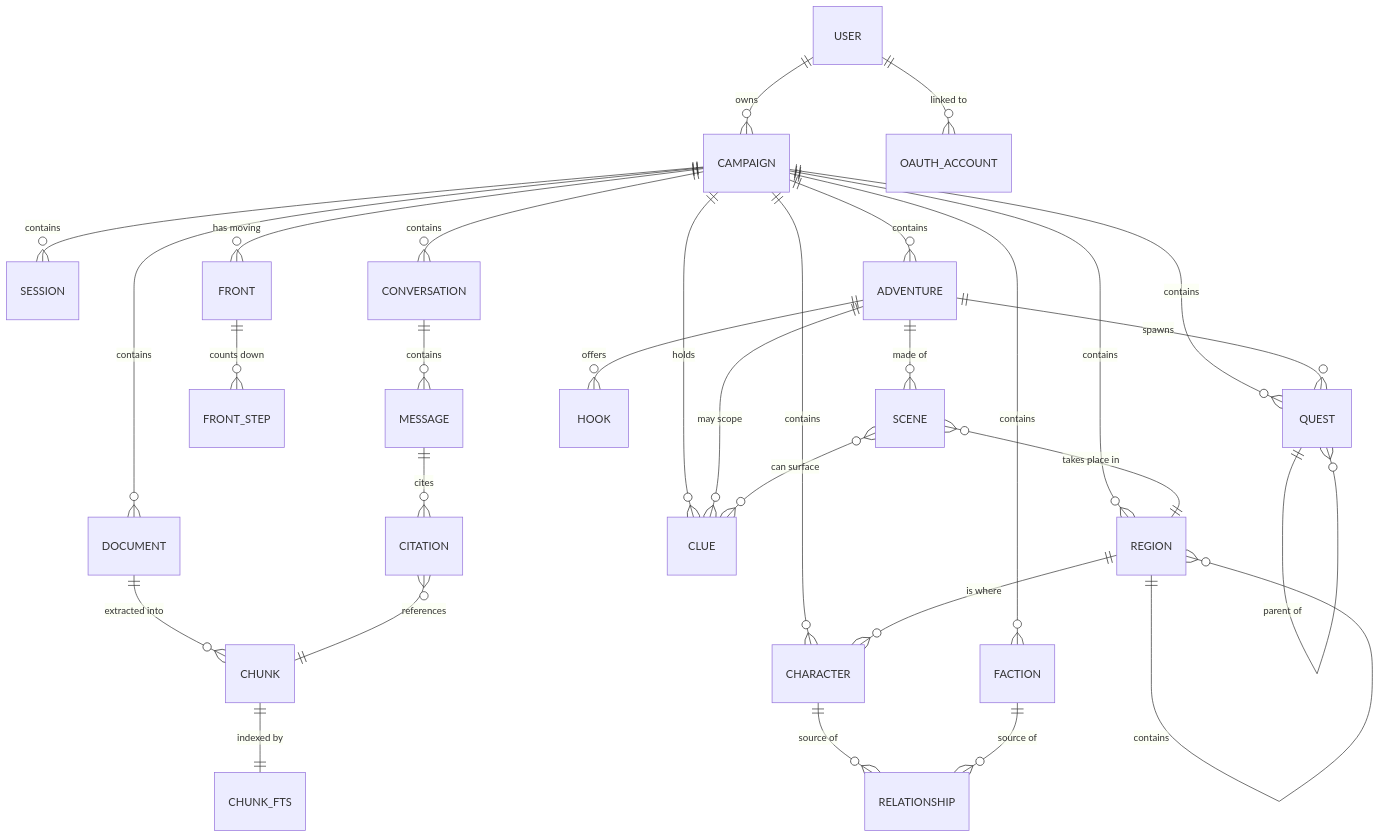
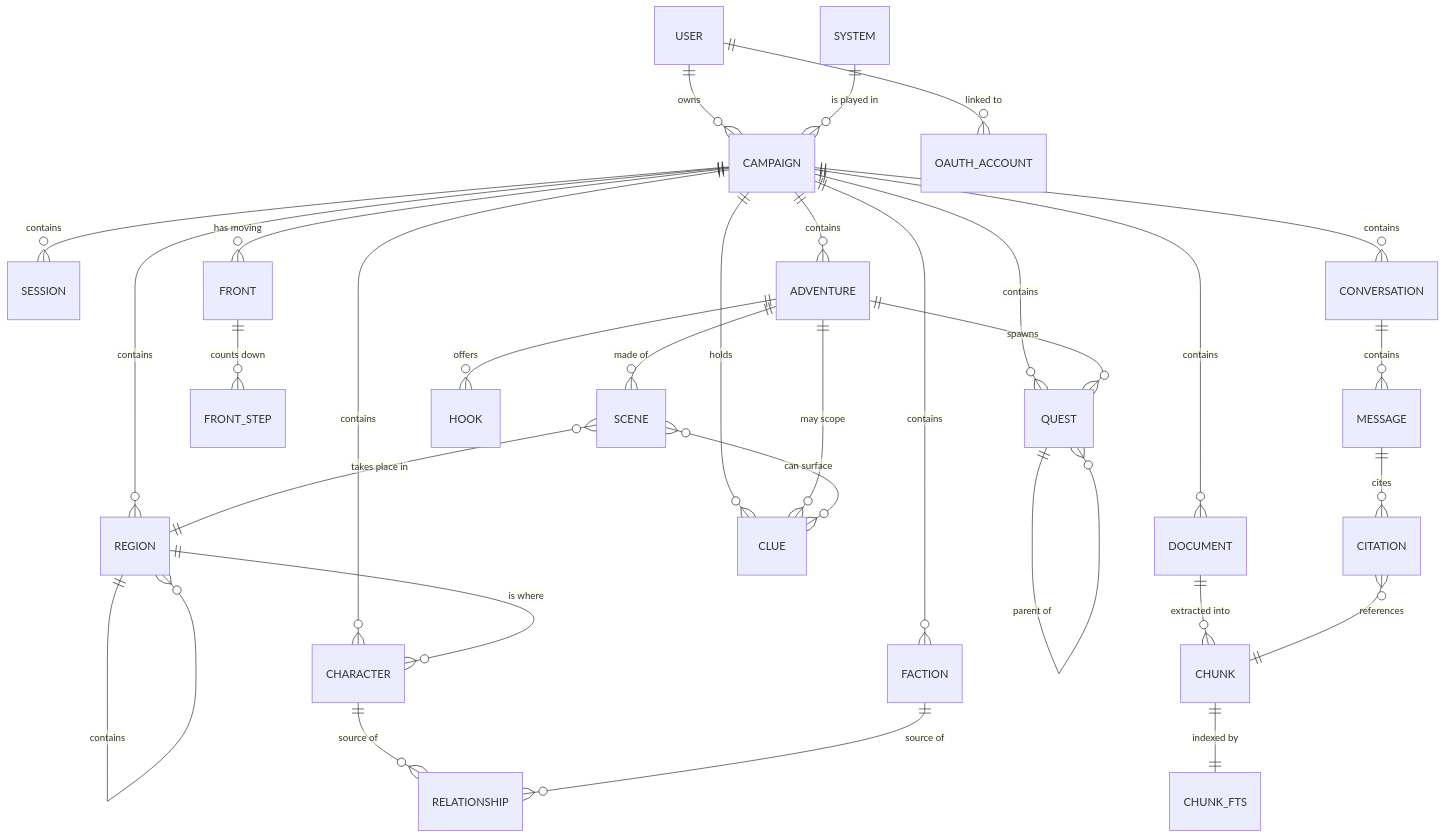
The diagram in docs/data-model.md (PiotrMieszczak/dm_assistant), drawn with Mermaid before and after one commit. The commit also changed other lines of this file and 7 other files, not shown here.

````diff
--- a/docs/data-model.md
+++ b/docs/data-model.md
@@ -9,39 +9,40 @@
 ```mermaid
 erDiagram
     USER ||--o{ CAMPAIGN : owns
     USER ||--o{ OAUTH_ACCOUNT : "linked to"
+    SYSTEM ||--o{ CAMPAIGN : "is played in"
 
     CAMPAIGN ||--o{ DOCUMENT : contains
     CAMPAIGN ||--o{ CHARACTER : contains
     CAMPAIGN ||--o{ FACTION : contains
     CAMPAIGN ||--o{ QUEST : contains
     CAMPAIGN ||--o{ SESSION : contains
     CAMPAIGN ||--o{ CONVERSATION : contains
     CAMPAIGN ||--o{ REGION : contains
     CAMPAIGN ||--o{ ADVENTURE : contains
 
     REGION ||--o{ REGION : "contains"
     REGION ||--o{ CHARACTER : "is where"
 
     CAMPAIGN ||--o{ FRONT : "has moving"
     CAMPAIGN ||--o{ CLUE : "holds"
     FRONT ||--o{ FRONT_STEP : "counts down"
     ADVENTURE ||--o{ CLUE : "may scope"
     SCENE }o--o{ CLUE : "can surface"
 
     ADVENTURE ||--o{ HOOK : "offers"
     ADVENTURE ||--o{ SCENE : "made of"
     ADVENTURE ||--o{ QUEST : "spawns"
     SCENE }o--|| REGION : "takes place in"
 
     DOCUMENT ||--o{ CHUNK : "extracted into"
     CHUNK ||--|| CHUNK_FTS : "indexed by"
 
     CHARACTER ||--o{ RELATIONSHIP : "source of"
     FACTION   ||--o{ RELATIONSHIP : "source of"
 
     QUEST ||--o{ QUEST : "parent of"
     CONVERSATION ||--o{ MESSAGE : contains
     MESSAGE ||--o{ CITATION : cites
     CITATION }o--|| CHUNK : references
 ```
````
